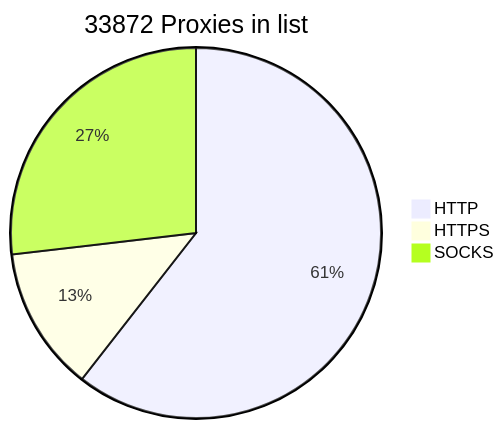
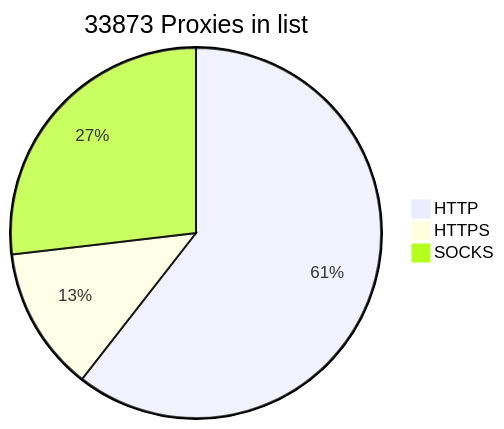
One commit to BlackSnowDot/proxylist-update-every-minute changed the diagram in README.md. Above: the diagram before and after it, drawn with Mermaid.

````diff
--- a/README.md
+++ b/README.md
@@ -2,6 +2,6 @@
 ```mermaid
-pie title 33872 Proxies in list
-    "HTTP" : 22706
-    "HTTPS": 4727
+pie title 33873 Proxies in list
+    "HTTP" : 22705
+    "HTTPS": 4729
     "SOCKS" : 10069
 ```
````
